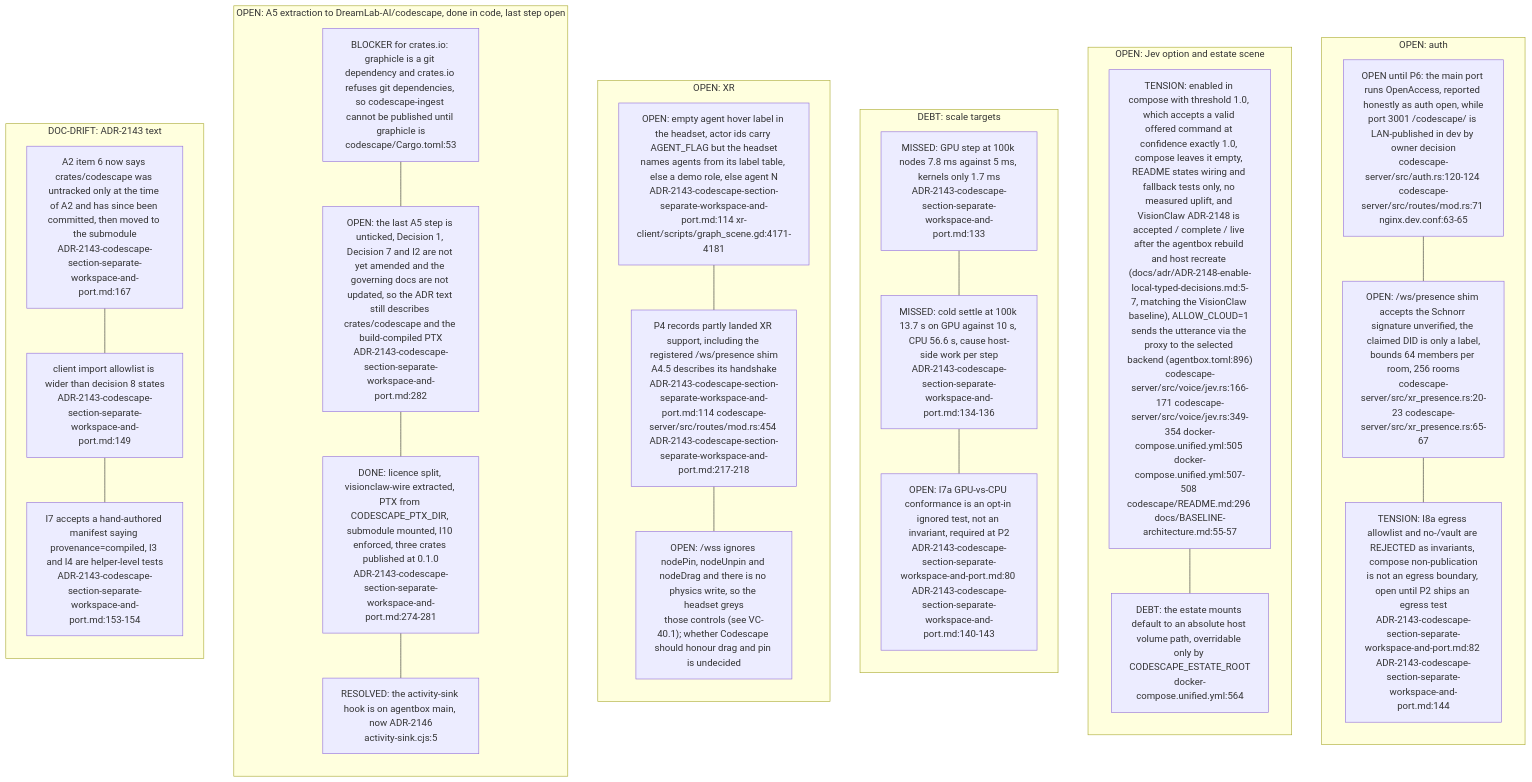
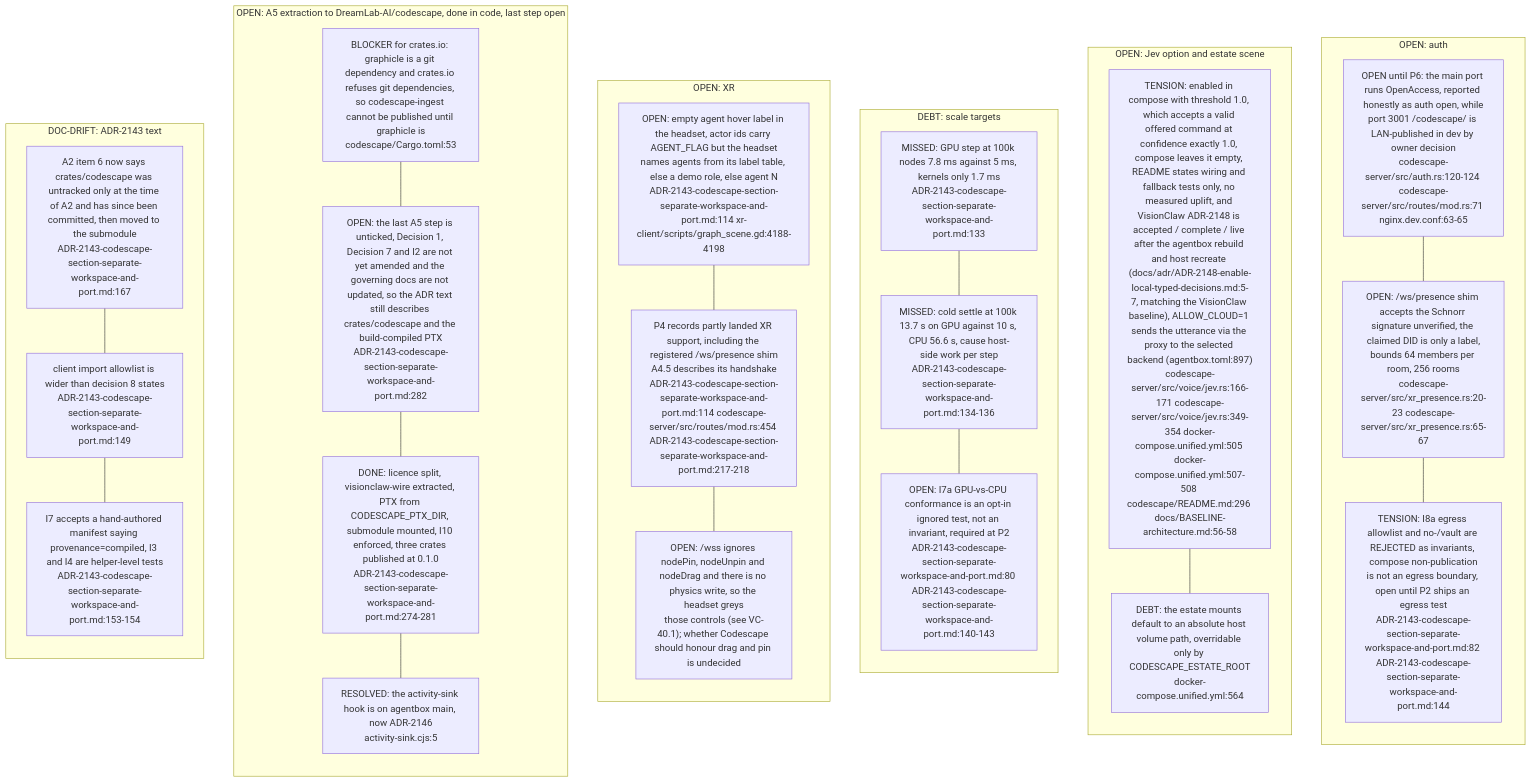
The seventh of 8 diagrams in docs/diagrams/visionclaw/39-codescape.md (DreamLab-AI/VisionFlow), drawn with Mermaid before and after one commit. The commit also changed other lines of this file and 154 other files, not shown here.

First line of the commit message:
docs(diagrams): re-stamp 154 topics whose every citation still reads the same text at the current heads

````diff
--- a/docs/diagrams/visionclaw/39-codescape.md
+++ b/docs/diagrams/visionclaw/39-codescape.md
@@ -351,45 +351,45 @@
 ```mermaid
 flowchart TB
     subgraph SEC["OPEN: auth"]
         direction TB
         R1["OPEN until P6: the main port runs OpenAccess, reported honestly as auth open, while<br/>port 3001 /codescape/ is LAN-published in dev by owner decision<br/>codescape-server/src/auth.rs:120-124 codescape-server/src/routes/mod.rs:71 nginx.dev.conf:63-65"]
         R2["OPEN: /ws/presence shim accepts the Schnorr signature unverified, the claimed DID is only a label,<br/>bounds 64 members per room, 256 rooms<br/>codescape-server/src/xr_presence.rs:20-23 codescape-server/src/xr_presence.rs:65-67"]
         R3["TENSION: I8a egress allowlist and no-/vault are REJECTED as invariants, compose non-publication<br/>is not an egress boundary, open until P2 ships an egress test<br/>ADR-2143-codescape-section-separate-workspace-and-port.md:82 ADR-2143-codescape-section-separate-workspace-and-port.md:144"]
         R1 --- R2 --- R3
     end
     subgraph JEVG["OPEN: Jev option and estate scene"]
         direction TB
-        J1["TENSION: enabled in compose with threshold 1.0, which accepts a valid offered command at confidence exactly 1.0, compose leaves it empty, README states wiring and fallback tests only, no measured uplift, and VisionClaw ADR-2148 is accepted / complete / live after the agentbox rebuild and host recreate (docs/adr/ADR-2148-enable-local-typed-decisions.md:5-7, matching the VisionClaw baseline), ALLOW_CLOUD=1 sends the utterance via the proxy to the selected backend (agentbox.toml:896)<br/>codescape-server/src/voice/jev.rs:166-171 codescape-server/src/voice/jev.rs:349-354 docker-compose.unified.yml:505 docker-compose.unified.yml:507-508 codescape/README.md:296 docs/BASELINE-architecture.md:55-57"]
+        J1["TENSION: enabled in compose with threshold 1.0, which accepts a valid offered command at confidence exactly 1.0, compose leaves it empty, README states wiring and fallback tests only, no measured uplift, and VisionClaw ADR-2148 is accepted / complete / live after the agentbox rebuild and host recreate (docs/adr/ADR-2148-enable-local-typed-decisions.md:5-7, matching the VisionClaw baseline), ALLOW_CLOUD=1 sends the utterance via the proxy to the selected backend (agentbox.toml:897)<br/>codescape-server/src/voice/jev.rs:166-171 codescape-server/src/voice/jev.rs:349-354 docker-compose.unified.yml:505 docker-compose.unified.yml:507-508 codescape/README.md:296 docs/BASELINE-architecture.md:56-58"]
         J2["DEBT: the estate mounts default to an absolute host volume path, overridable only by CODESCAPE_ESTATE_ROOT<br/>docker-compose.unified.yml:564"]
         J1 --- J2
     end
     subgraph PERF["DEBT: scale targets"]
         direction TB
         P1["MISSED: GPU step at 100k nodes 7.8 ms against 5 ms, kernels only 1.7 ms<br/>ADR-2143-codescape-section-separate-workspace-and-port.md:133"]
         P2["MISSED: cold settle at 100k 13.7 s on GPU against 10 s, CPU 56.6 s, cause host-side work per step<br/>ADR-2143-codescape-section-separate-workspace-and-port.md:134-136"]
         P3["OPEN: I7a GPU-vs-CPU conformance is an opt-in ignored test, not an invariant, required at P2<br/>ADR-2143-codescape-section-separate-workspace-and-port.md:80 ADR-2143-codescape-section-separate-workspace-and-port.md:140-143"]
         P1 --- P2 --- P3
     end
     subgraph XRG["OPEN: XR"]
         direction TB
-        X1["OPEN: empty agent hover label in the headset, actor ids carry AGENT_FLAG but the headset<br/>names agents from its label table, else a demo role, else agent N<br/>ADR-2143-codescape-section-separate-workspace-and-port.md:114 xr-client/scripts/graph_scene.gd:4171-4181"]
+        X1["OPEN: empty agent hover label in the headset, actor ids carry AGENT_FLAG but the headset<br/>names agents from its label table, else a demo role, else agent N<br/>ADR-2143-codescape-section-separate-workspace-and-port.md:114 xr-client/scripts/graph_scene.gd:4188-4198"]
         X2["P4 records partly landed XR support, including the registered /ws/presence shim<br/>A4.5 describes its handshake<br/>ADR-2143-codescape-section-separate-workspace-and-port.md:114 codescape-server/src/routes/mod.rs:454 ADR-2143-codescape-section-separate-workspace-and-port.md:217-218"]
         X3["OPEN: /wss ignores nodePin, nodeUnpin and nodeDrag and there is no physics write, so the headset greys<br/>those controls (see VC-40.1); whether Codescape should honour drag and pin is undecided"]
         X1 --- X2 --- X3
     end
     subgraph EXT["OPEN: A5 extraction to DreamLab-AI/codescape, done in code, last step open"]
         direction TB
         E1["BLOCKER for crates.io: graphicle is a git dependency and crates.io refuses git dependencies, so codescape-ingest cannot be published until graphicle is<br/>codescape/Cargo.toml:53"]
         E2["OPEN: the last A5 step is unticked, Decision 1, Decision 7 and I2 are not yet amended and the governing docs are not updated, so the ADR text still describes crates/codescape and the build-compiled PTX<br/>ADR-2143-codescape-section-separate-workspace-and-port.md:282"]
         E3["DONE: licence split, visionclaw-wire extracted, PTX from CODESCAPE_PTX_DIR, submodule mounted, I10 enforced, three crates published at 0.1.0<br/>ADR-2143-codescape-section-separate-workspace-and-port.md:274-281"]
         E4["RESOLVED: the activity-sink hook is on agentbox main, now ADR-2146<br/>activity-sink.cjs:5"]
         E1 --- E2 --- E3 --- E4
     end
     subgraph DR["DOC-DRIFT: ADR-2143 text"]
         direction TB
         D1["A2 item 6 now says crates/codescape was untracked only at the time of A2 and has since been committed, then moved to the submodule<br/>ADR-2143-codescape-section-separate-workspace-and-port.md:167"]
         D2["client import allowlist is wider than decision 8 states<br/>ADR-2143-codescape-section-separate-workspace-and-port.md:149"]
         D3["I7 accepts a hand-authored manifest saying provenance=compiled, I3 and I4 are helper-level tests<br/>ADR-2143-codescape-section-separate-workspace-and-port.md:153-154"]
         D1 --- D2 --- D3
     end
 ```
````
